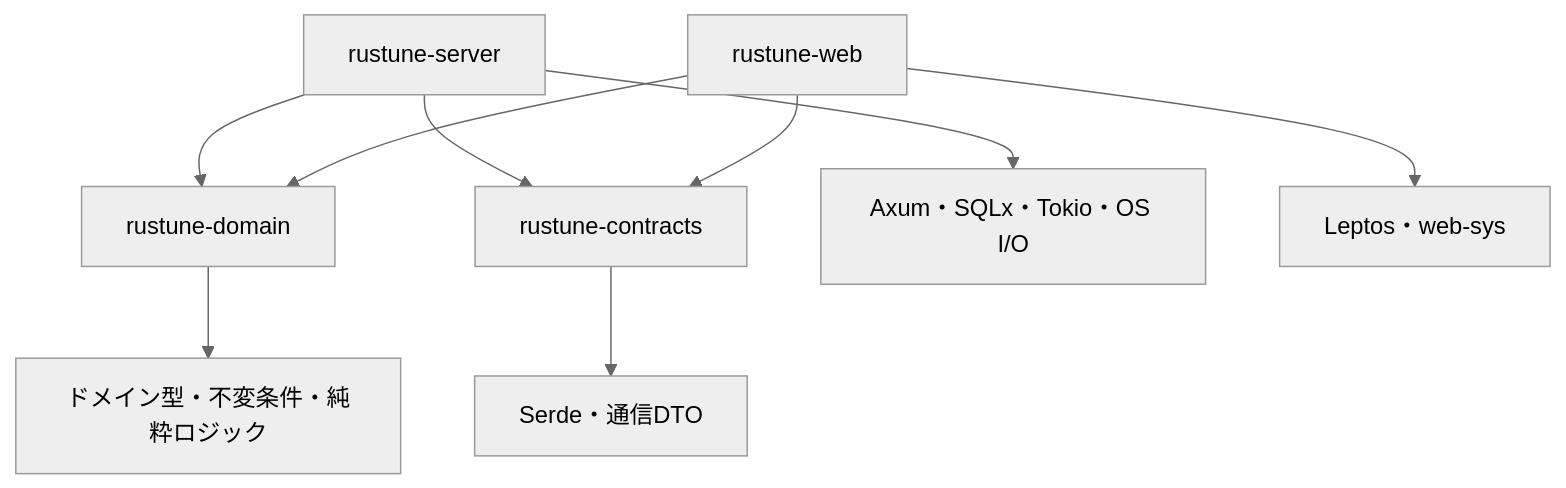
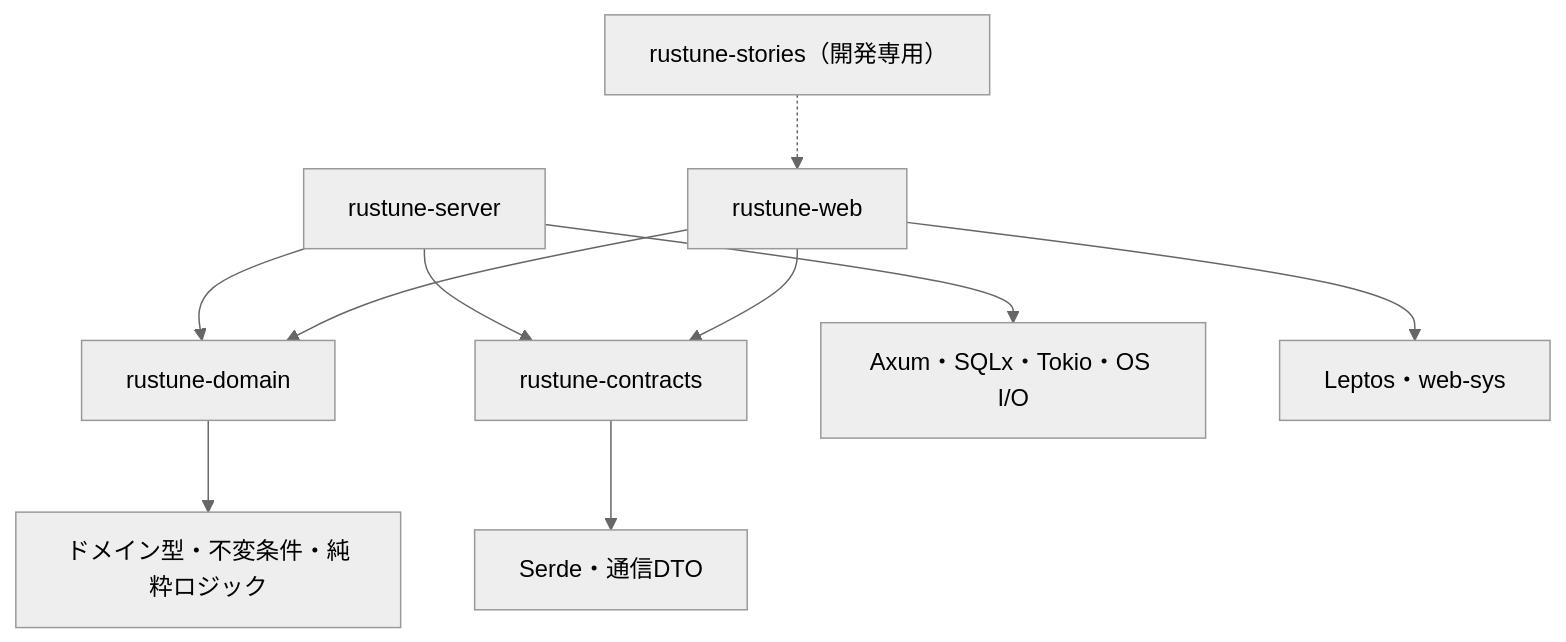
One commit to purinx/rustune changed the first of 6 diagrams in docs/smartpowers/projects/20261012-214613-personal-music-library/MODULE_DESIGN.md. Above: the diagram before and after it, drawn with Mermaid (neutral theme). The commit also changed other lines of this file and 14 other files, not shown here.

````diff
--- a/docs/smartpowers/projects/20261012-214613-personal-music-library/MODULE_DESIGN.md
+++ b/docs/smartpowers/projects/20261012-214613-personal-music-library/MODULE_DESIGN.md
@@ -18,11 +18,12 @@
 ```mermaid
 flowchart TB
     serverCrate["rustune-server"] --> domainCrate["rustune-domain"]
     serverCrate --> contractsCrate["rustune-contracts"]
     webCrate["rustune-web"] --> domainCrate
     webCrate --> contractsCrate
+    storiesCrate["rustune-stories（開発専用）"] -.-> webCrate
     serverCrate --> serverDeps["Axum・SQLx・Tokio・OS I/O"]
     webCrate --> webDeps["Leptos・web-sys"]
     domainCrate --> pureTypes["ドメイン型・不変条件・純粋ロジック"]
     contractsCrate --> wireTypes["Serde・通信DTO"]
 ```
````
